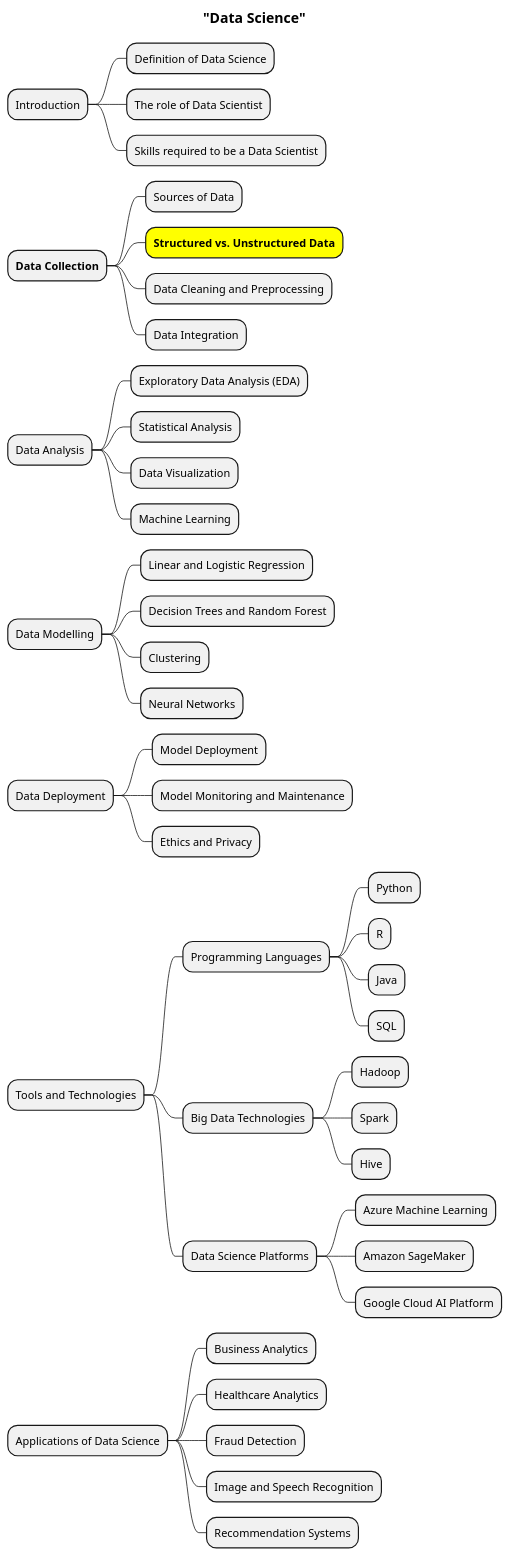
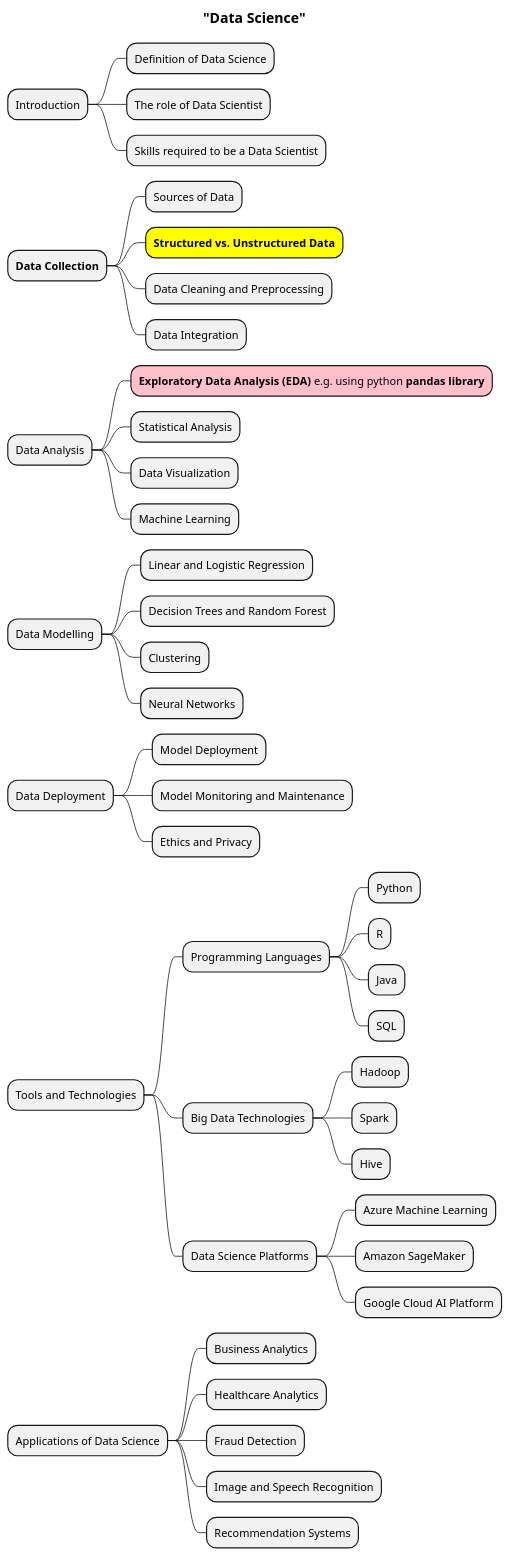
Before and after one commit to MehmoodHashmi/Documentation-as-Code-DaC: the diagram in docs/AI-ML- DL-Data-Science-and-BigData/Data-Science-1.puml, drawn with PlantUML. The commit also changed 12 other files, not shown here.

Commit message:
added new mindmaps

```diff
--- a/docs/AI-ML- DL-Data-Science-and-BigData/Data-Science-1.puml
+++ b/docs/AI-ML- DL-Data-Science-and-BigData/Data-Science-1.puml
@@ -1,54 +1,54 @@
 @startmindmap
 title = "Data Science"
 
 * Introduction
 ** Definition of Data Science
 ** The role of Data Scientist
 ** Skills required to be a Data Scientist
 
 * **Data Collection**
 ** Sources of Data
 **[#yellow] **Structured vs. Unstructured Data**
 ** Data Cleaning and Preprocessing
 ** Data Integration
 
 * Data Analysis
-** Exploratory Data Analysis (EDA)
+**[#pink] **Exploratory Data Analysis (EDA)** e.g. using python **pandas library**
 ** Statistical Analysis
 ** Data Visualization
 ** Machine Learning
 
 * Data Modelling
 ** Linear and Logistic Regression
 ** Decision Trees and Random Forest
 ** Clustering
 ** Neural Networks
 
 * Data Deployment
 ** Model Deployment
 ** Model Monitoring and Maintenance
 ** Ethics and Privacy
 
 * Tools and Technologies
 ** Programming Languages
 *** Python
 *** R
 *** Java
 *** SQL
 ** Big Data Technologies
 *** Hadoop
 *** Spark
 *** Hive
 ** Data Science Platforms
 *** Azure Machine Learning
 *** Amazon SageMaker
 *** Google Cloud AI Platform
 
 * Applications of Data Science
 ** Business Analytics
 ** Healthcare Analytics
 ** Fraud Detection
 ** Image and Speech Recognition
 ** Recommendation Systems
 
 @endmindmap
```
